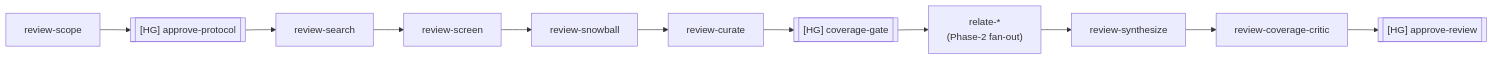
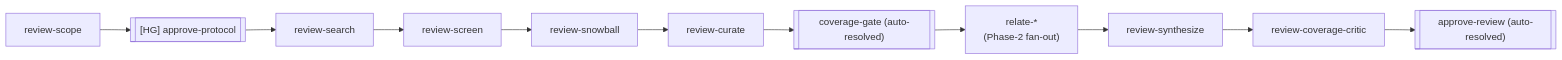
Before and after one commit to phoongkhangzhie/research-vault: the first of 3 diagrams in README.md, drawn with Mermaid. The commit also changed other lines of this file and 13 other files, not shown here.

````diff
--- a/README.md
+++ b/README.md
@@ -154,10 +154,10 @@
 ```mermaid
 flowchart LR
     scope[review-scope] --> HG1[["[HG] approve-protocol"]]
     HG1 --> search[review-search] --> screen[review-screen] --> snowball[review-snowball]
     snowball --> curate[review-curate]
-    curate --> HG2[["[HG] coverage-gate"]]
-    HG2 --> relate["relate-*\n(Phase-2 fan-out)"]
+    curate --> GATE2[["coverage-gate (auto-resolved)"]]
+    GATE2 --> relate["relate-*\n(Phase-2 fan-out)"]
     relate --> synthesize[review-synthesize] --> critic[review-coverage-critic]
-    critic --> HG3[["[HG] approve-review"]]
+    critic --> GATE3[["approve-review (auto-resolved)"]]
 ```
````
